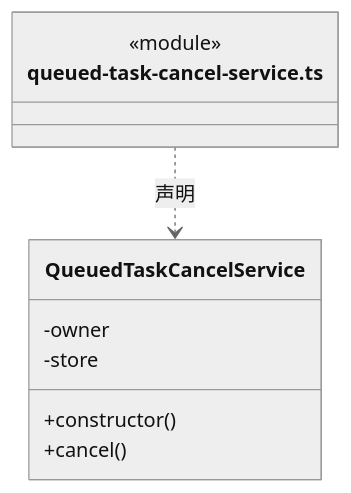
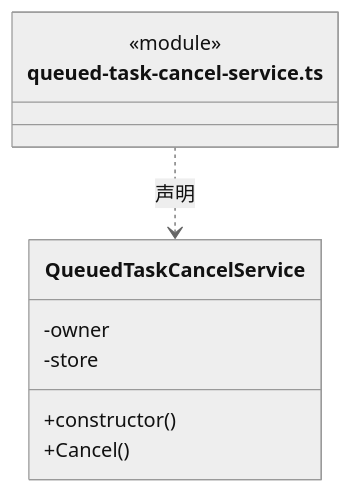
The seventh of 25 diagrams in src/logic/tasks/runtime/ARCHITECTURE.md (nan023062/cbim), drawn with Mermaid (neutral theme) before and after one commit. The commit also changed other lines of this file and 1035 other files, not shown here.

````diff
--- a/src/logic/tasks/runtime/ARCHITECTURE.md
+++ b/src/logic/tasks/runtime/ARCHITECTURE.md
@@ -160,13 +160,13 @@
 ```mermaid
 classDiagram
 class N_src_logic_tasks_runtime_queued_task_cancel_service_ts["queued-task-cancel-service.ts"] {
   <<module>>
 }
 class N_src_logic_tasks_runtime_queued_task_cancel_service_ts_QueuedTaskCancelService["QueuedTaskCancelService"] {
   +constructor()
-  +cancel()
+  +Cancel()
   -owner
   -store
 }
 N_src_logic_tasks_runtime_queued_task_cancel_service_ts ..> N_src_logic_tasks_runtime_queued_task_cancel_service_ts_QueuedTaskCancelService : 声明
 ```
````
